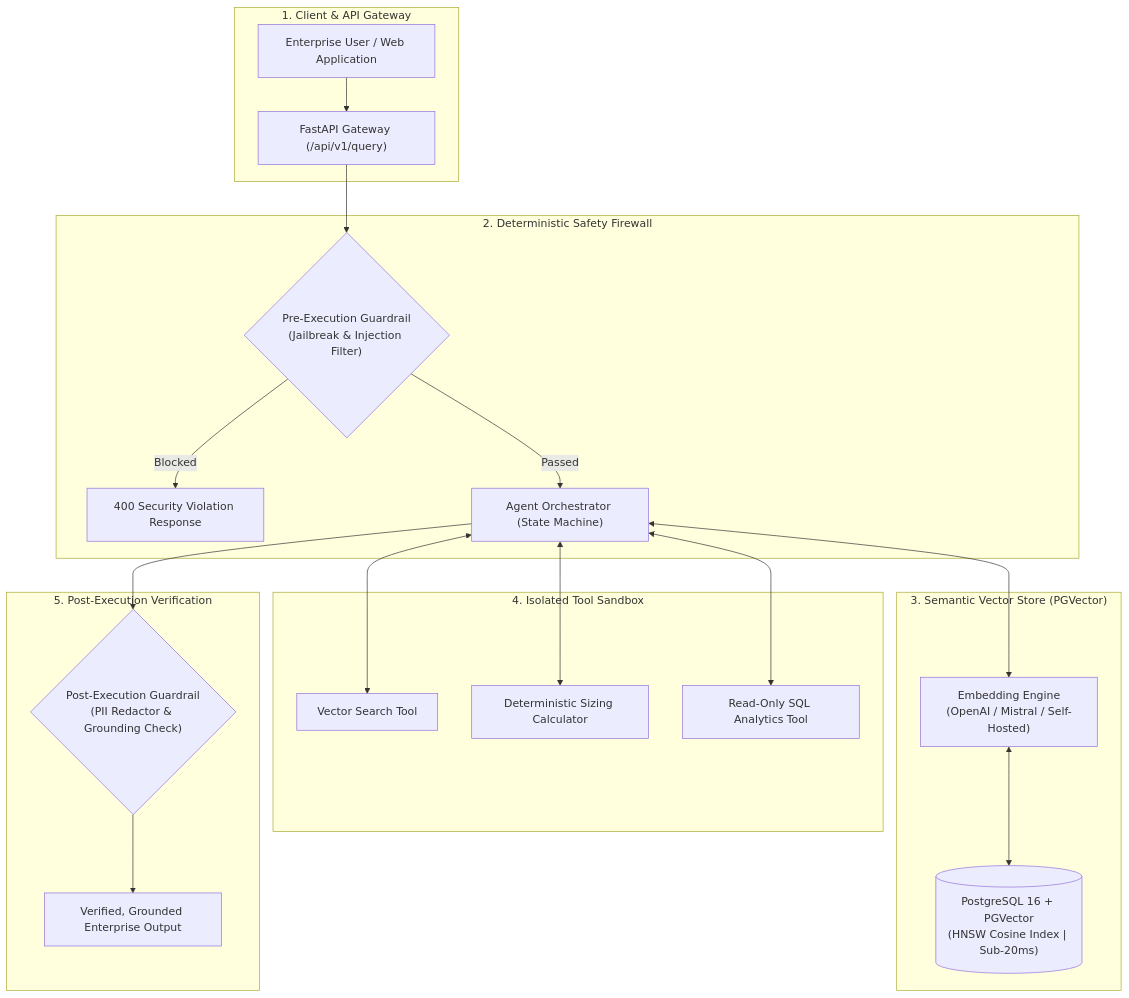
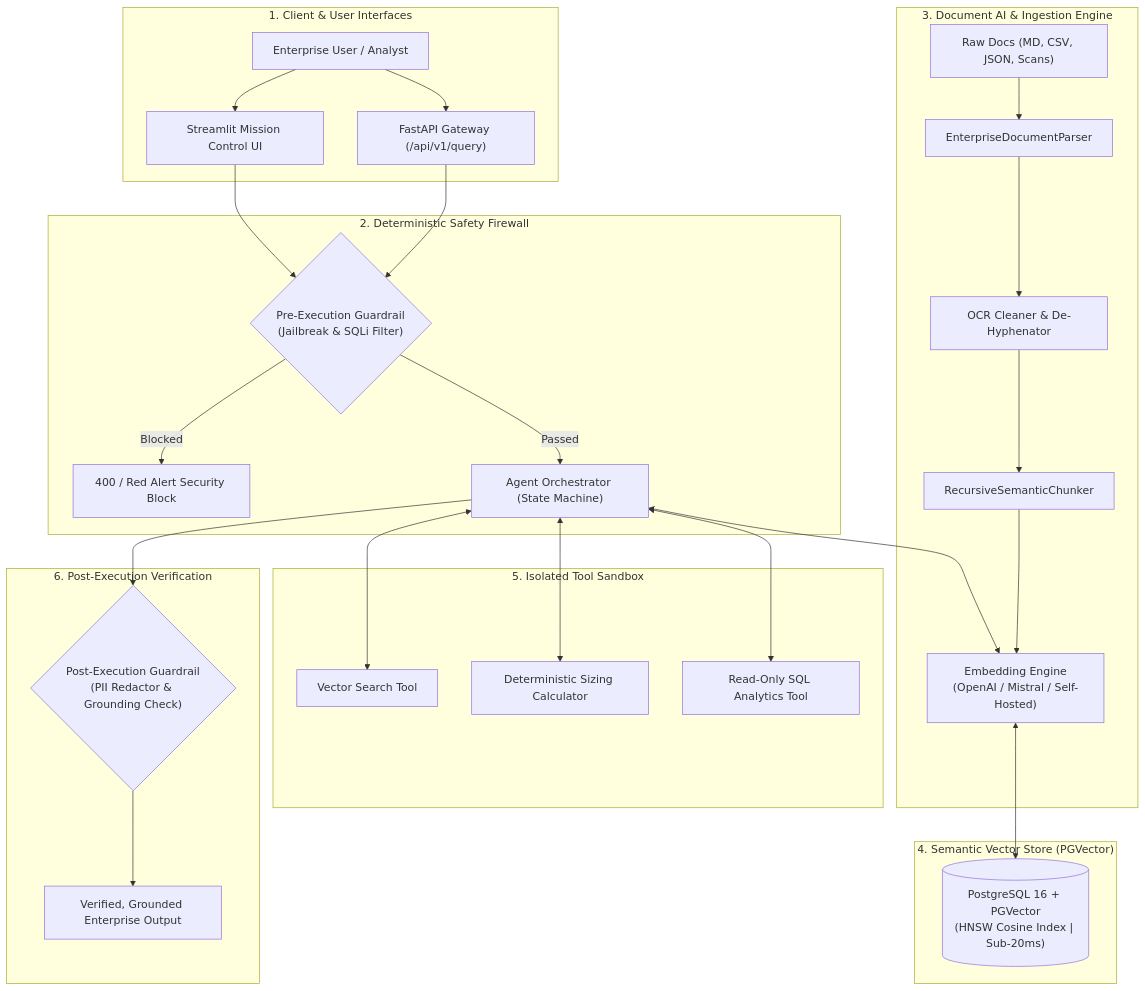
One commit to Sugumaran-Balasubramaniyan/enterprise-agentic-rag changed the diagram in README.md. Above: the diagram before and after it, drawn with Mermaid. The commit also changed other lines of this file and 7 other files, not shown here.

Commit message:
feat: add streamlit mission control dashboard, ci pipeline, latency benchmark, and ocr parser

````diff
--- a/README.md
+++ b/README.md
@@ -15,32 +17,41 @@
 ```mermaid
 flowchart TD
-    subgraph ClientLayer ["1. Client & API Gateway"]
-        U["Enterprise User / Web Application"] --> GW["FastAPI Gateway (/api/v1/query)"]
+    subgraph ClientLayer ["1. Client & User Interfaces"]
+        U["Enterprise User / Analyst"] --> ST["Streamlit Mission Control UI"]
+        U --> GW["FastAPI Gateway (/api/v1/query)"]
     end
 
     subgraph SecurityBoundary ["2. Deterministic Safety Firewall"]
         GW --> G1{"Pre-Execution Guardrail
-(Jailbreak & Injection Filter)"}
-        G1 -- Blocked --> ERR["400 Security Violation Response"]
+(Jailbreak & SQLi Filter)"}
+        ST --> G1
+        G1 -- Blocked --> ERR["400 / Red Alert Security Block"]
         G1 -- Passed --> AO["Agent Orchestrator (State Machine)"]
     end
 
-    subgraph RetrievalLayer ["3. Semantic Vector Store (PGVector)"]
+    subgraph DocumentAI ["3. Document AI & Ingestion Engine"]
+        DOCS["Raw Docs (MD, CSV, JSON, Scans)"] --> DP["EnterpriseDocumentParser"]
+        DP --> OCR["OCR Cleaner & De-Hyphenator"]
+        OCR --> CHK["RecursiveSemanticChunker"]
+        CHK --> EMB
+    end
+
+    subgraph RetrievalLayer ["4. Semantic Vector Store (PGVector)"]
         AO <--> EMB["Embedding Engine
 (OpenAI / Mistral / Self-Hosted)"]
         EMB <--> PG[("PostgreSQL 16 + PGVector
 (HNSW Cosine Index | Sub-20ms)")]
     end
 
-    subgraph ExecutionLayer ["4. Isolated Tool Sandbox"]
+    subgraph ExecutionLayer ["5. Isolated Tool Sandbox"]
         AO <--> T1["Vector Search Tool"]
         AO <--> T2["Deterministic Sizing Calculator"]
         AO <--> T3["Read-Only SQL Analytics Tool"]
     end
 
-    subgraph VerificationLayer ["5. Post-Execution Verification"]
+    subgraph VerificationLayer ["6. Post-Execution Verification"]
         AO --> G2{"Post-Execution Guardrail
 (PII Redactor & Grounding Check)"}
         G2 --> OUT["Verified, Grounded Enterprise Output"]
     end
 ```
````
